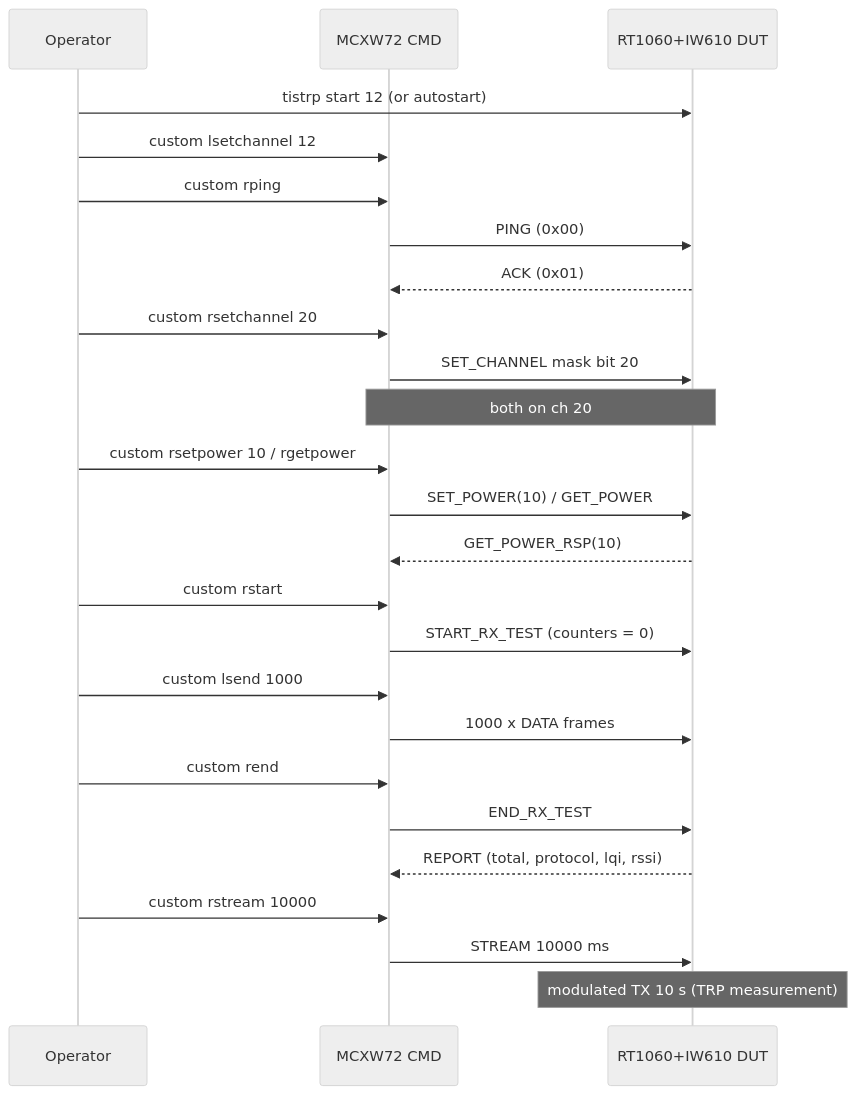
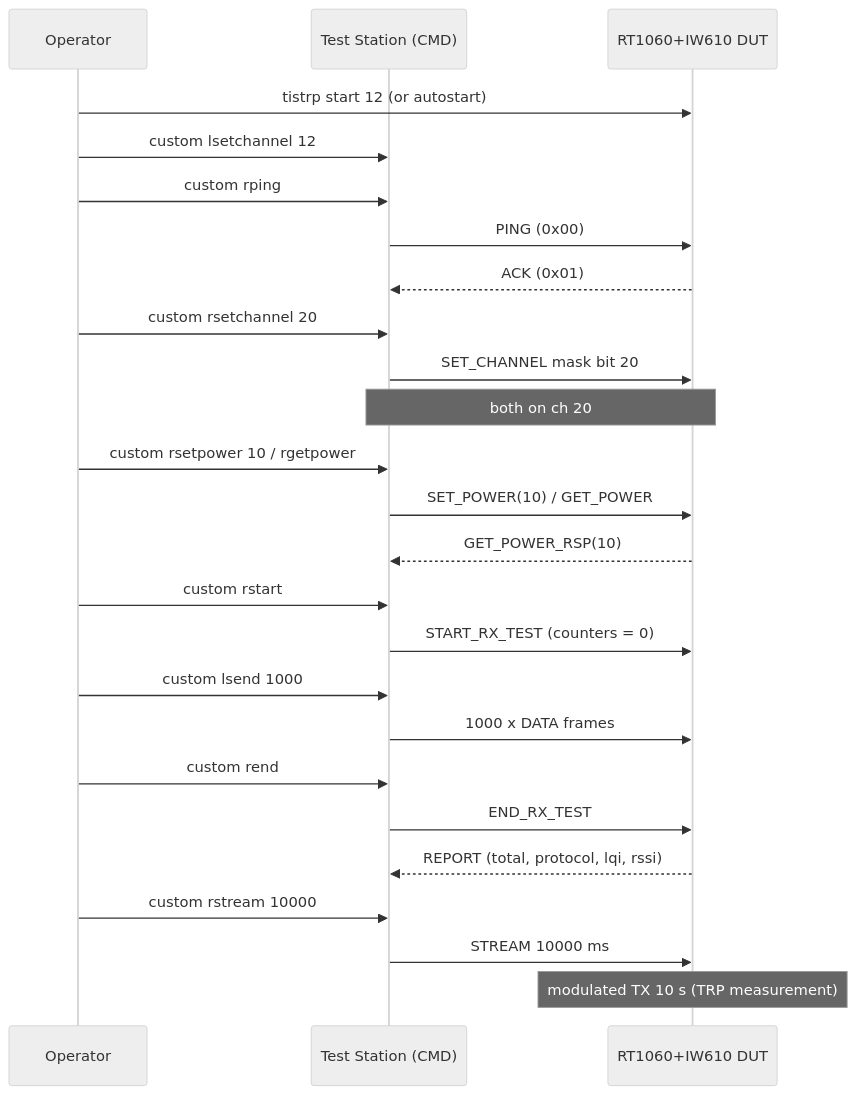
The diagram in examples/tistrp/README.md (NXP/ot-nxp), drawn with Mermaid (neutral theme) before and after one commit. The commit also changed other lines of this file, not shown here.

Commit message:
THREADIP-5692 [rt1060] tistrp: README, refer to the Test Station instead of MCXW72

````diff
--- a/examples/tistrp/README.md
+++ b/examples/tistrp/README.md
@@ -113,27 +114,27 @@
 ```mermaid
 sequenceDiagram
   participant U as Operator
-  participant C as MCXW72 CMD
+  participant C as Test Station (CMD)
   participant D as RT1060+IW610 DUT
   U->>D: tistrp start 12 (or autostart)
   U->>C: custom lsetchannel 12
   U->>C: custom rping
   C->>D: PING (0x00)
   D-->>C: ACK (0x01)
   U->>C: custom rsetchannel 20
   C->>D: SET_CHANNEL mask bit 20
   Note over C,D: both on ch 20
   U->>C: custom rsetpower 10 / rgetpower
   C->>D: SET_POWER(10) / GET_POWER
   D-->>C: GET_POWER_RSP(10)
   U->>C: custom rstart
   C->>D: START_RX_TEST (counters = 0)
   U->>C: custom lsend 1000
   C->>D: 1000 x DATA frames
   U->>C: custom rend
   C->>D: END_RX_TEST
   D-->>C: REPORT (total, protocol, lqi, rssi)
   U->>C: custom rstream 10000
   C->>D: STREAM 10000 ms
   Note over D: modulated TX 10 s (TRP measurement)
 ```
````
